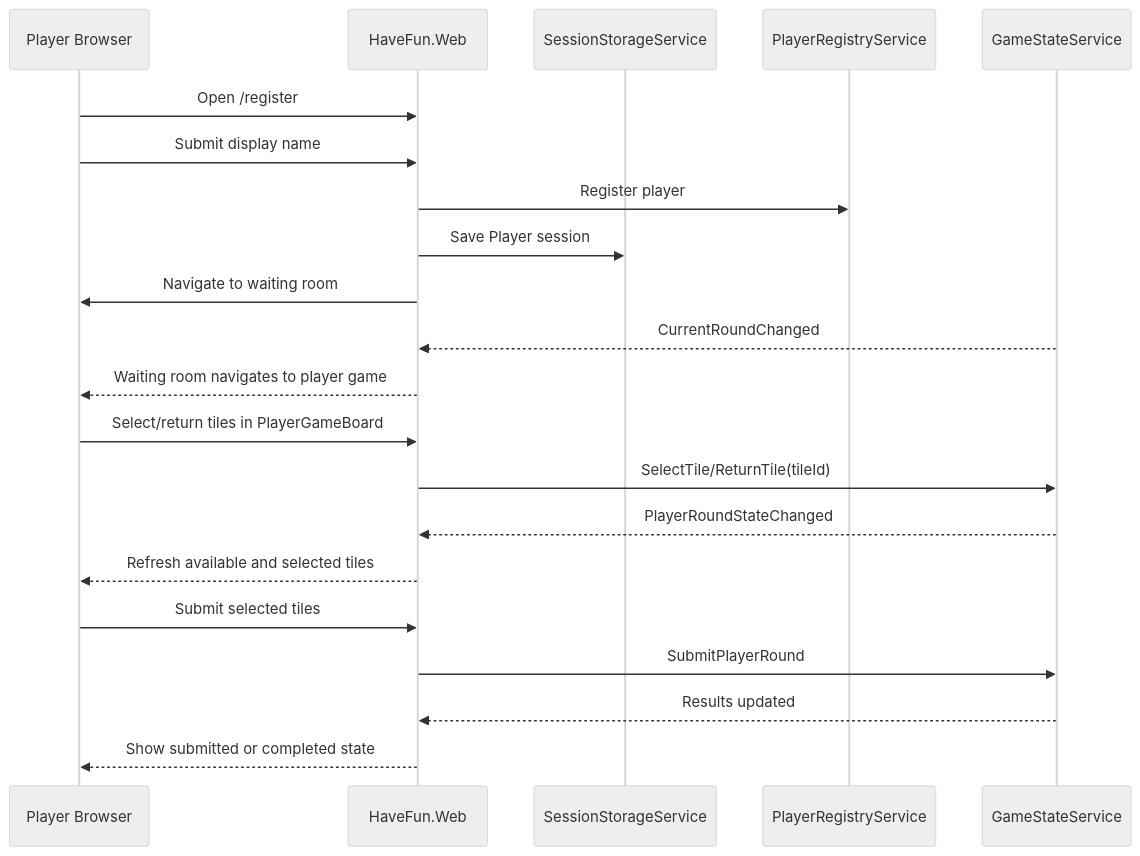
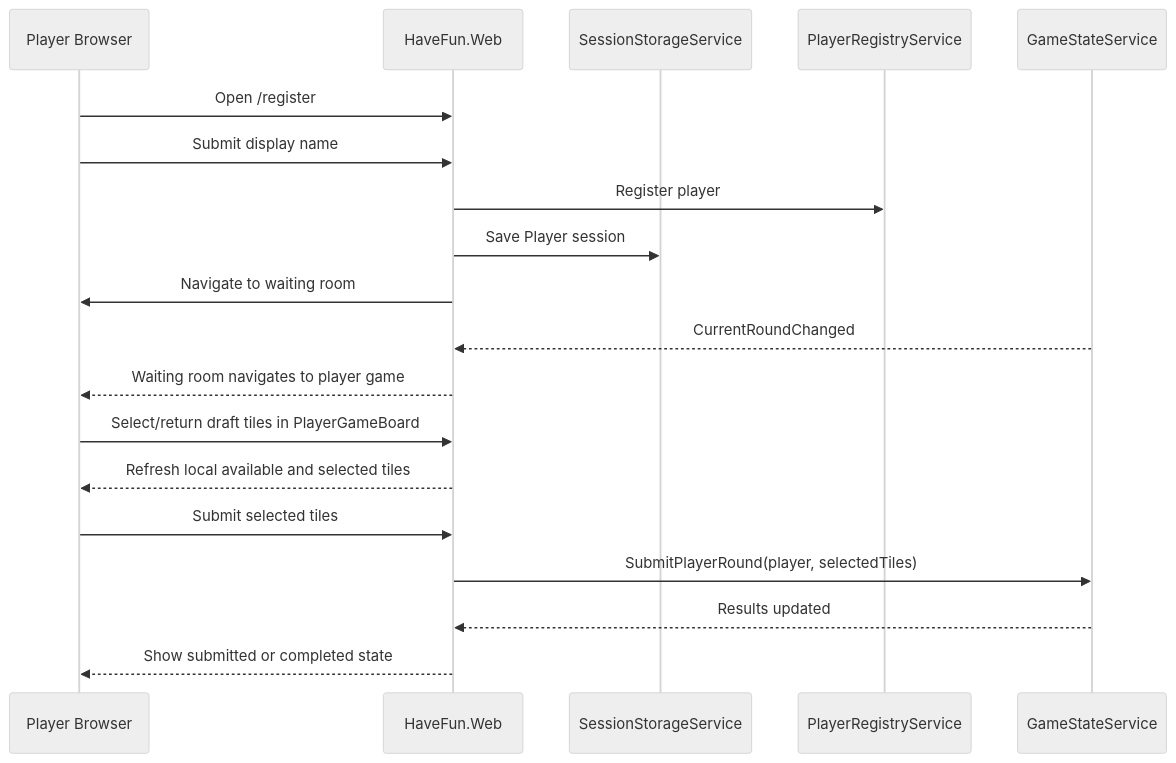
One commit to iJustHelp/have-fun changed the fourth of 5 diagrams in design/architecture.md. Above: the diagram before and after it, drawn with Mermaid (neutral theme). The commit also changed other lines of this file and 20 other files, not shown here.

````diff
--- a/design/architecture.md
+++ b/design/architecture.md
@@ -93,27 +93,25 @@
 ```mermaid
 sequenceDiagram
     participant P as Player Browser
     participant W as HaveFun.Web
     participant S as SessionStorageService
     participant R as PlayerRegistryService
     participant G as GameStateService
 
     P->>W: Open /register
     P->>W: Submit display name
     W->>R: Register player
     W->>S: Save Player session
     W->>P: Navigate to waiting room
 
     G-->>W: CurrentRoundChanged
     W-->>P: Waiting room navigates to player game
 
-    P->>W: Select/return tiles in PlayerGameBoard
-    W->>G: SelectTile/ReturnTile(tileId)
-    G-->>W: PlayerRoundStateChanged
-    W-->>P: Refresh available and selected tiles
+    P->>W: Select/return draft tiles in PlayerGameBoard
+    W-->>P: Refresh local available and selected tiles
 
     P->>W: Submit selected tiles
-    W->>G: SubmitPlayerRound
+    W->>G: SubmitPlayerRound(player, selectedTiles)
     G-->>W: Results updated
     W-->>P: Show submitted or completed state
 ```
````
